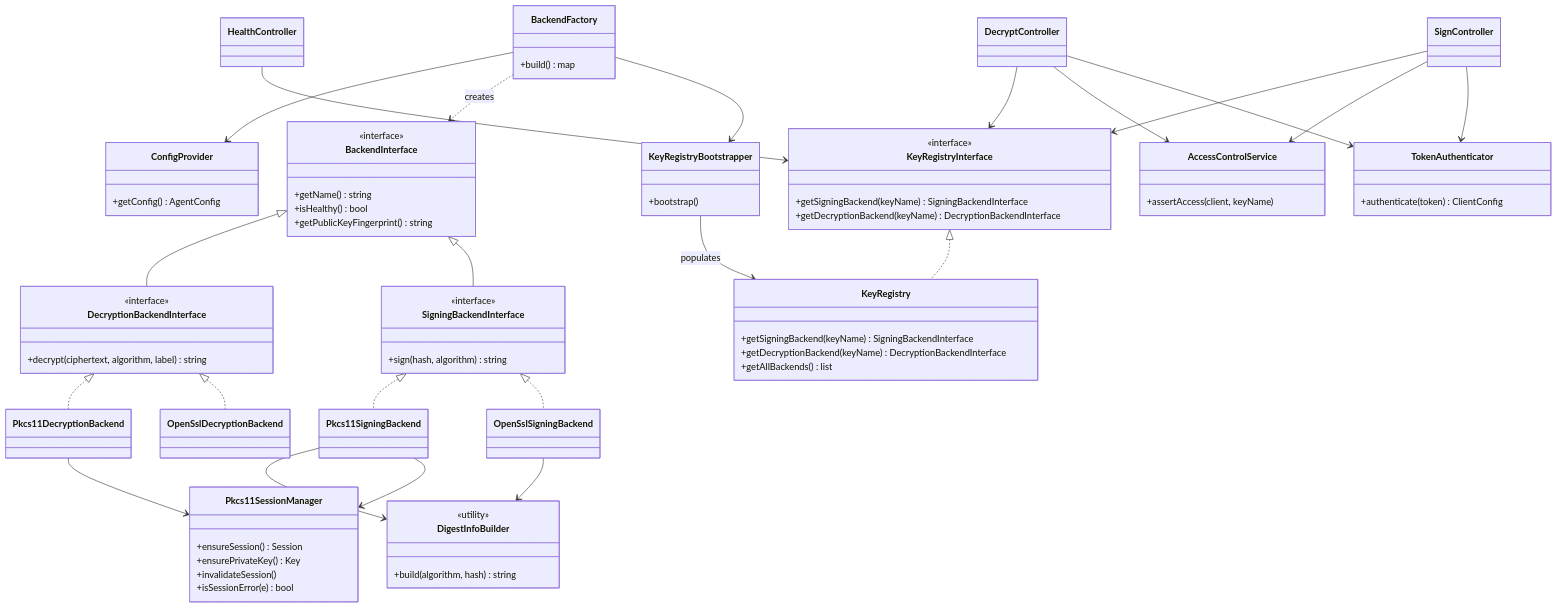
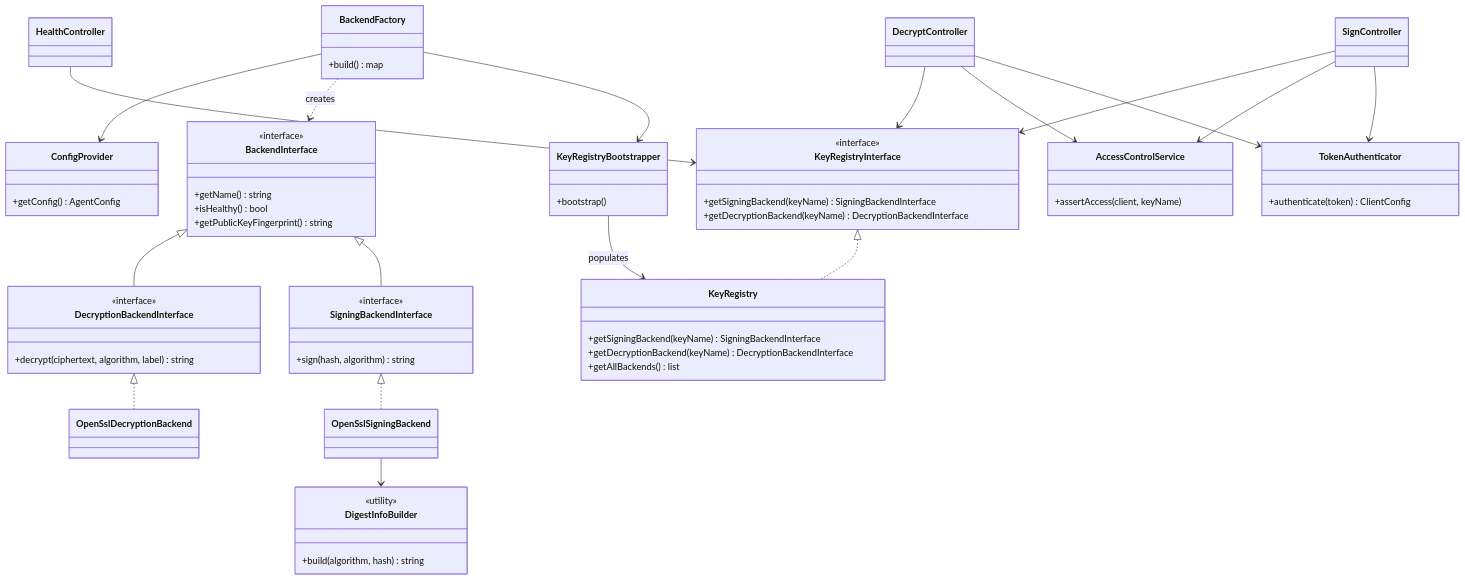
The third of 3 diagrams in docs/DESIGN-SPECIFICATION.md (OpenConext/OpenConext-private-key-agent), drawn with Mermaid before and after one commit. The commit also changed other lines of this file and 65 other files, not shown here.

```diff
--- a/docs/DESIGN-SPECIFICATION.md
+++ b/docs/DESIGN-SPECIFICATION.md
@@ -470,28 +435,14 @@
 
     class OpenSslSigningBackend
     class OpenSslDecryptionBackend
-    class Pkcs11SigningBackend
-    class Pkcs11DecryptionBackend
     SigningBackendInterface <|.. OpenSslSigningBackend
     DecryptionBackendInterface <|.. OpenSslDecryptionBackend
-    SigningBackendInterface <|.. Pkcs11SigningBackend
-    DecryptionBackendInterface <|.. Pkcs11DecryptionBackend
-
-    class Pkcs11SessionManager {
-        +ensureSession() Session
-        +ensurePrivateKey() Key
-        +invalidateSession()
-        +isSessionError(e) bool
-    }
-    Pkcs11SigningBackend --> Pkcs11SessionManager
-    Pkcs11DecryptionBackend --> Pkcs11SessionManager
 
     class DigestInfoBuilder {
         <<utility>>
         +build(algorithm, hash) string
     }
     OpenSslSigningBackend --> DigestInfoBuilder
-    Pkcs11SigningBackend --> DigestInfoBuilder
 
     class KeyRegistryInterface {
         <<interface>>
```
